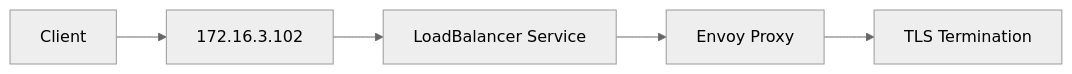
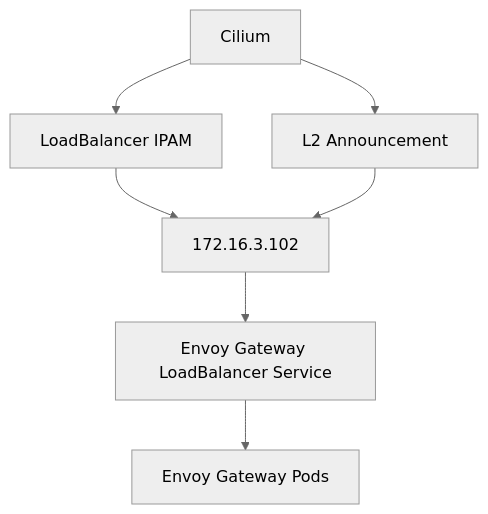
One commit to ahmed-sayed-devops/microservices-platform-gitops changed the fifth of 18 diagrams in docs/03-gateway-api/README.md. Above: the diagram before and after it, drawn with Mermaid (neutral theme). The commit also changed other lines of this file, not shown here.

Commit message:
docs: update Gateway API documentation with TLS

````diff
--- a/docs/03-gateway-api/README.md
+++ b/docs/03-gateway-api/README.md
@@ -468,13 +249,16 @@
 ```mermaid
-graph LR
-    Client[Client]
-    VIP[172.16.3.102]
-    LB[LoadBalancer Service]
-    Envoy[Envoy Proxy]
-    TLS[TLS Termination]
+graph TD
+    CILIUM["Cilium"]
+    IPAM["LoadBalancer IPAM"]
+    L2["L2 Announcement"]
+    VIP["172.16.3.102"]
+    SERVICE["Envoy Gateway LoadBalancer Service"]
+    ENVOY["Envoy Gateway Pods"]
 
-    Client --> VIP
-    VIP --> LB
-    LB --> Envoy
-    Envoy --> TLS
+    CILIUM --> IPAM
+    CILIUM --> L2
+    IPAM --> VIP
+    L2 --> VIP
+    VIP --> SERVICE
+    SERVICE --> ENVOY
 ```
````
